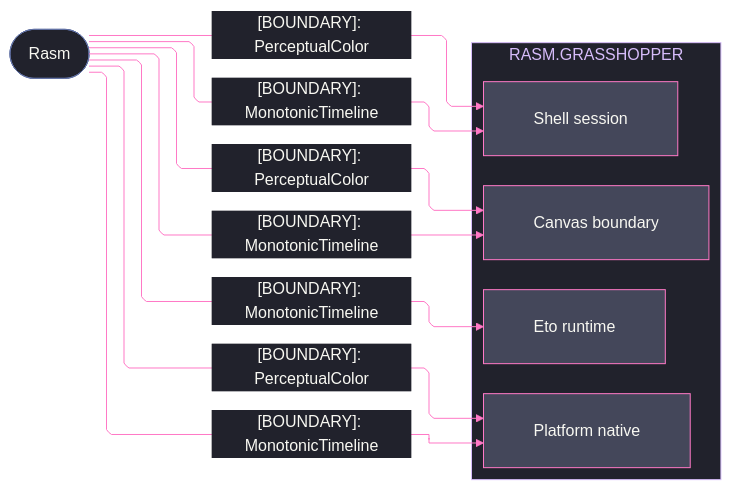
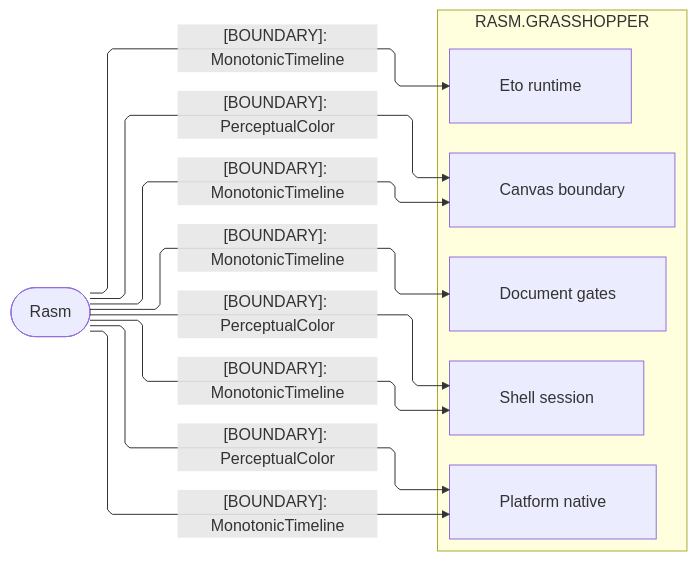
The second of 3 diagrams in libs/csharp/Rasm.Grasshopper/ARCHITECTURE.md (bsamiee/Rasm), drawn with Mermaid before and after one commit. The commit also changed other lines of this file and 460 other files, not shown here.

````diff
--- a/libs/csharp/Rasm.Grasshopper/ARCHITECTURE.md
+++ b/libs/csharp/Rasm.Grasshopper/ARCHITECTURE.md
@@ -126,51 +99,28 @@
 ```mermaid
 ---
 config:
-  theme: base
-  look: classic
   layout: elk
   flowchart:
     curve: linear
     padding: 25
-  themeVariables:
-    darkMode: true
-    fontFamily: "SF Mono, Menlo, Cascadia Mono, Segoe UI Mono, Consolas, monospace"
-    useGradient: false
-    dropShadow: "none"
-    background: "#282A36"
-    primaryColor: "#44475A"
-    primaryTextColor: "#F8F8F2"
-    primaryBorderColor: "#BD93F9"
-    lineColor: "#FF79C6"
-    textColor: "#F8F8F2"
-    clusterBkg: "#21222C"
-    clusterBorder: "#D6BCFA"
-    edgeLabelBackground: "#21222C"
-    labelBackgroundColor: "#21222C"
-    titleColor: "#D6BCFA"
-  themeCSS: ".nodeLabel{font-size:13px;font-weight:500}.edgeLabel{font-size:12px;font-weight:500}.cluster-label .nodeLabel{font-size:13.5px;font-weight:700;letter-spacing:.08em}.edge-thickness-normal{stroke-width:2px}.edge-thickness-thick{stroke-width:3px}.edge-pattern-dashed,.edge-pattern-dotted{stroke-width:1.5px;stroke-dasharray:4 6}.node rect,.node circle,.node polygon,.node path,.node .outer-path{stroke-width:1.5px;filter:none!important}.cluster rect{stroke-width:1px!important;stroke-dasharray:5 4!important;filter:none!important}.marker path{transform:scale(.8);transform-origin:5px 5px}.marker circle{transform:scale(.48);transform-origin:5px 5px}.edgeLabel rect{transform-box:fill-box;transform-origin:center;transform:scale(1.1,1.2)}"
 ---
 flowchart LR
     accTitle: Grasshopper host-boundary kernel seams
-    accDescr: Grasshopper host-boundary sub-domain owners admitting the Rasm kernel's monotonic timing and perceptual-colour authorities as boundary contracts, edge rails colored by kind and nodes classed by seam direction.
+    accDescr: Grasshopper host-boundary sub-domain owners admitting the Rasm kernel's monotonic timing and perceptual-colour authorities as boundary contracts, one edge per contract family labeled by kind.
     subgraph grasshopper[RASM.GRASSHOPPER]
         Canvas[Canvas boundary]
+        Document[Document gates]
         Eto[Eto runtime]
         Shell[Shell session]
         Platform[Platform native]
     end
     Rasm([Rasm])
-    Rasm e1@-->|"[BOUNDARY]: MonotonicTimeline"| Canvas
-    Rasm e2@-->|"[BOUNDARY]: PerceptualColor"| Canvas
-    Rasm e3@-->|"[BOUNDARY]: MonotonicTimeline"| Eto
-    Rasm e4@-->|"[BOUNDARY]: MonotonicTimeline"| Shell
-    Rasm e5@-->|"[BOUNDARY]: PerceptualColor"| Shell
-    Rasm e6@-->|"[BOUNDARY]: MonotonicTimeline"| Platform
-    Rasm e7@-->|"[BOUNDARY]: PerceptualColor"| Platform
-    classDef primary fill:#44475A,stroke:#FF79C6,color:#F8F8F2
-    classDef annotation fill:#21222C,stroke:#6272A4,color:#F8F8F2
-    classDef edgeControl stroke:#FF79C6,color:#F8F8F2
-    class Canvas,Eto,Shell,Platform primary
-    class Rasm annotation
-    class e1,e2,e3,e4,e5,e6,e7 edgeControl
+    Rasm -->|"[BOUNDARY]: MonotonicTimeline"| Canvas
+    Rasm -->|"[BOUNDARY]: PerceptualColor"| Canvas
+    Rasm -->|"[BOUNDARY]: MonotonicTimeline"| Document
+    Rasm -->|"[BOUNDARY]: MonotonicTimeline"| Eto
+    Rasm -->|"[BOUNDARY]: MonotonicTimeline"| Shell
+    Rasm -->|"[BOUNDARY]: PerceptualColor"| Shell
+    Rasm -->|"[BOUNDARY]: MonotonicTimeline"| Platform
+    Rasm -->|"[BOUNDARY]: PerceptualColor"| Platform
 ```
````
